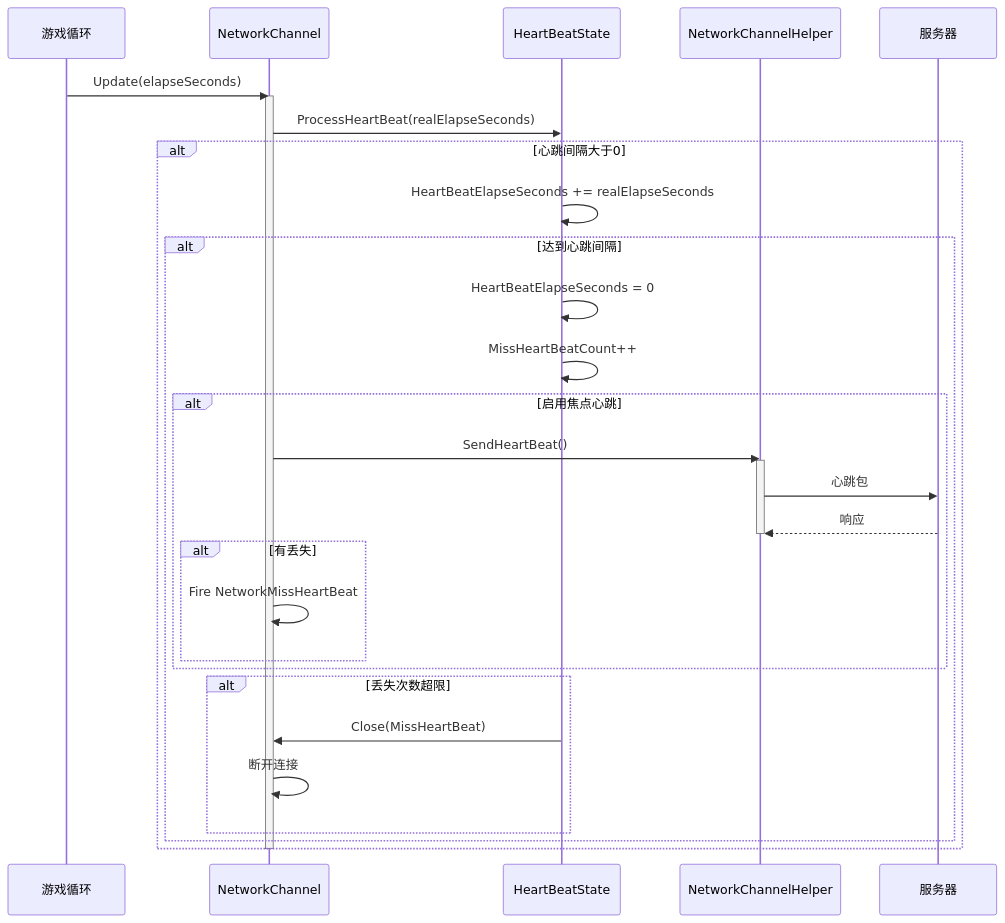
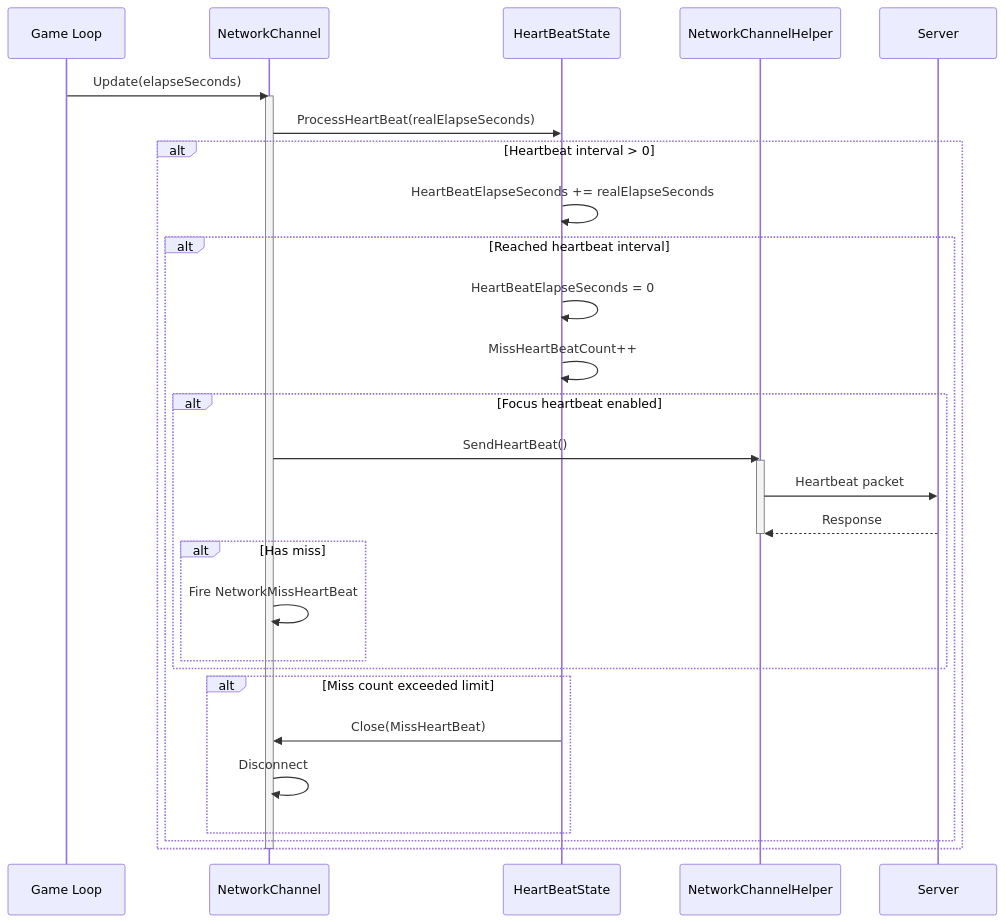
One commit to AlianBlank/GameFrameX.Docs changed the second of 2 diagrams in docs/en/client/unity/component/network/09.heartbeat.md. Above: the diagram before and after it, drawn with Mermaid. The commit also changed other lines of this file and 242 other files, not shown here.

````diff
--- a/docs/en/client/unity/component/network/09.heartbeat.md
+++ b/docs/en/client/unity/component/network/09.heartbeat.md
@@ -66,40 +66,40 @@
 ```mermaid
 sequenceDiagram
-    participant GameLoop as 游戏循环
+    participant GameLoop as Game Loop
     participant Channel as NetworkChannel
     participant HBState as HeartBeatState
     participant Helper as NetworkChannelHelper
-    participant Server as 服务器
+    participant Server as Server
 
     GameLoop->>Channel: Update(elapseSeconds)
     activate Channel
     Channel->>HBState: ProcessHeartBeat(realElapseSeconds)
-    
-    alt 心跳间隔大于0
+
+    alt Heartbeat interval > 0
         HBState->>HBState: HeartBeatElapseSeconds += realElapseSeconds
-        
-        alt 达到心跳间隔
+
+        alt Reached heartbeat interval
             HBState->>HBState: HeartBeatElapseSeconds = 0
             HBState->>HBState: MissHeartBeatCount++
-            
-            alt 启用焦点心跳
+
+            alt Focus heartbeat enabled
                 Channel->>Helper: SendHeartBeat()
                 activate Helper
-                Helper->>Server: 心跳包
-                Server-->>Helper: 响应
+                Helper->>Server: Heartbeat packet
+                Server-->>Helper: Response
                 deactivate Helper
-                
-                alt 有丢失
+
+                alt Has miss
                     Channel->>Channel: Fire NetworkMissHeartBeat
                 end
             end
-            
-            alt 丢失次数超限
+
+            alt Miss count exceeded limit
                 HBState->>Channel: Close(MissHeartBeat)
-                Channel->>Channel: 断开连接
+                Channel->>Channel: Disconnect
             end
         end
     end
-    
+
     deactivate Channel
 ```
````
